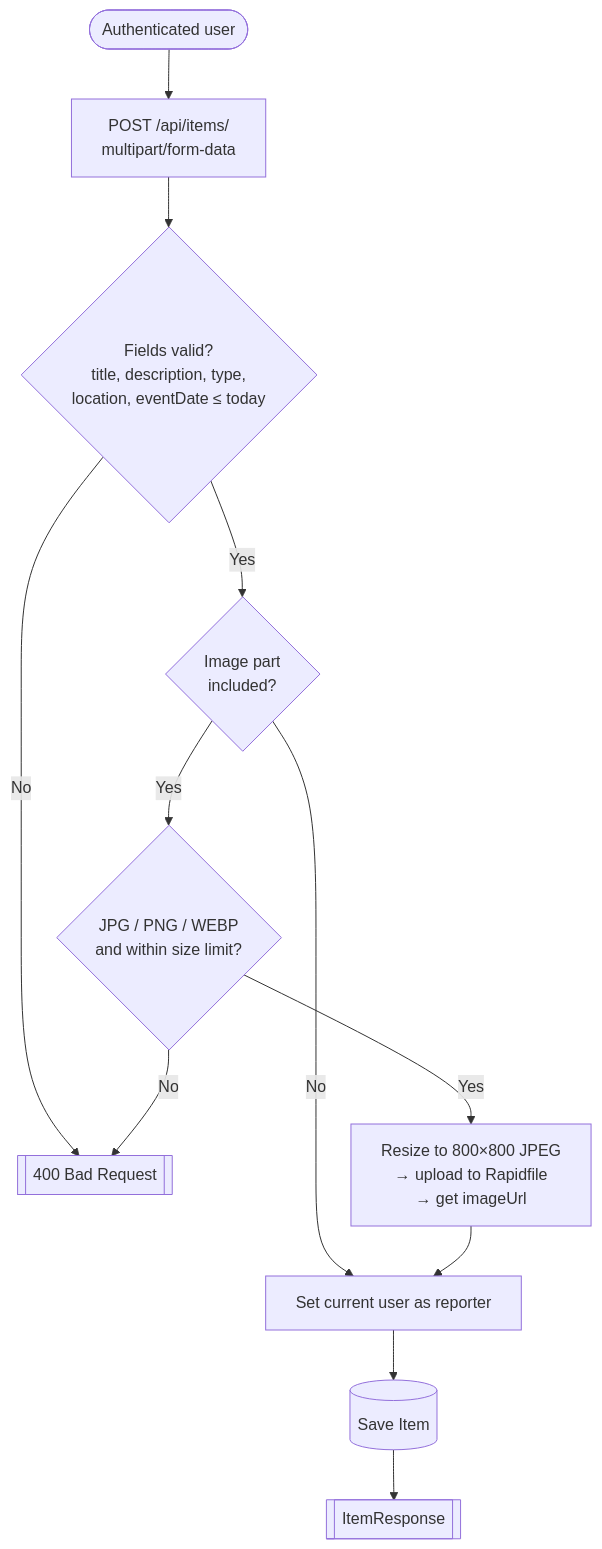
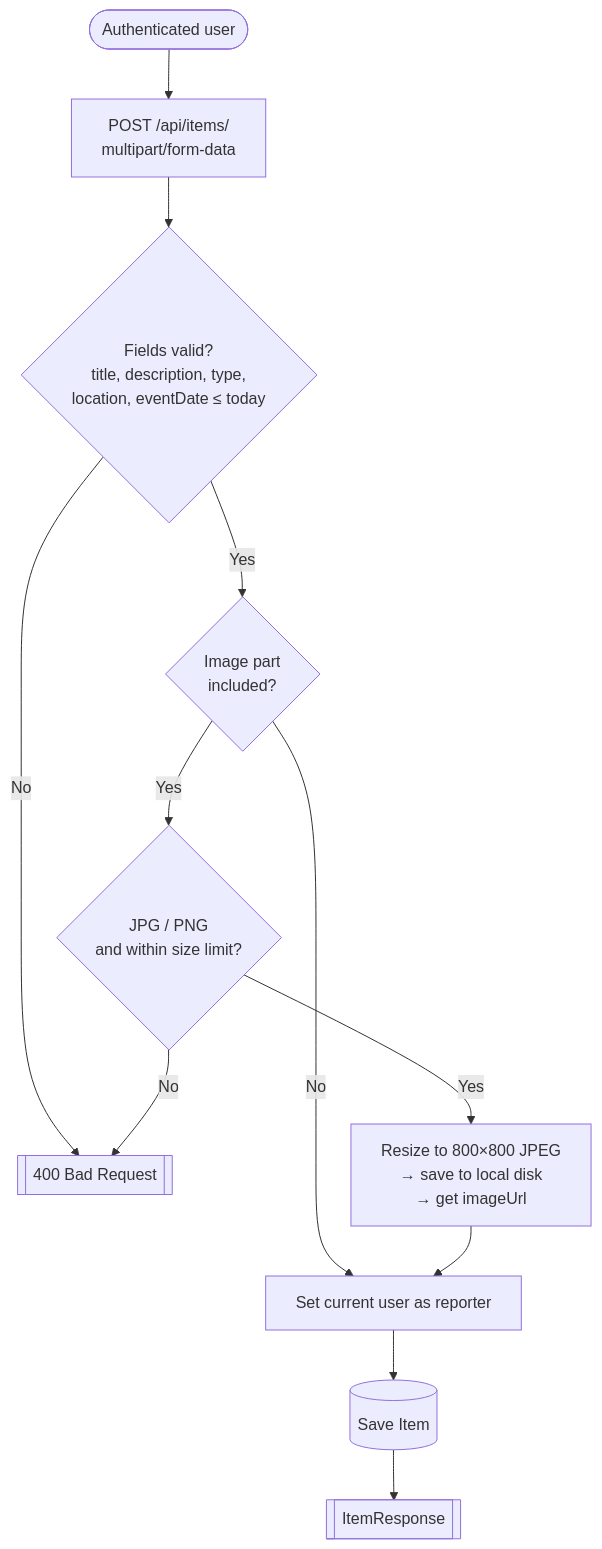
One commit to gr309/lost-and-found changed the third of 7 diagrams in README.md. Above: the diagram before and after it, drawn with Mermaid. The commit also changed other lines of this file and 23 other files, not shown here.

````diff
--- a/README.md
+++ b/README.md
@@ -138,14 +138,14 @@
 ```mermaid
 flowchart TD
     A([Authenticated user]) --> B[POST /api/items/<br/>multipart/form-data]
     B --> C{Fields valid?<br/>title, description, type,<br/>location, eventDate ≤ today}
     C -- No --> X[[400 Bad Request]]
     C -- Yes --> D{Image part<br/>included?}
     D -- No --> G
-    D -- Yes --> E{JPG / PNG / WEBP<br/>and within size limit?}
+    D -- Yes --> E{JPG / PNG<br/>and within size limit?}
     E -- No --> X
-    E -- Yes --> F[Resize to 800×800 JPEG<br/>→ upload to Rapidfile<br/>→ get imageUrl]
+    E -- Yes --> F[Resize to 800×800 JPEG<br/>→ save to local disk<br/>→ get imageUrl]
     F --> G[Set current user as reporter]
     G --> H[(Save Item)]
     H --> I[[ItemResponse]]
 ```
````
